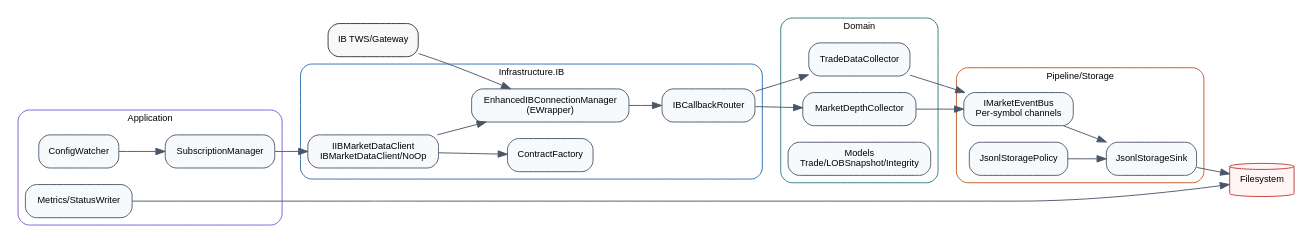
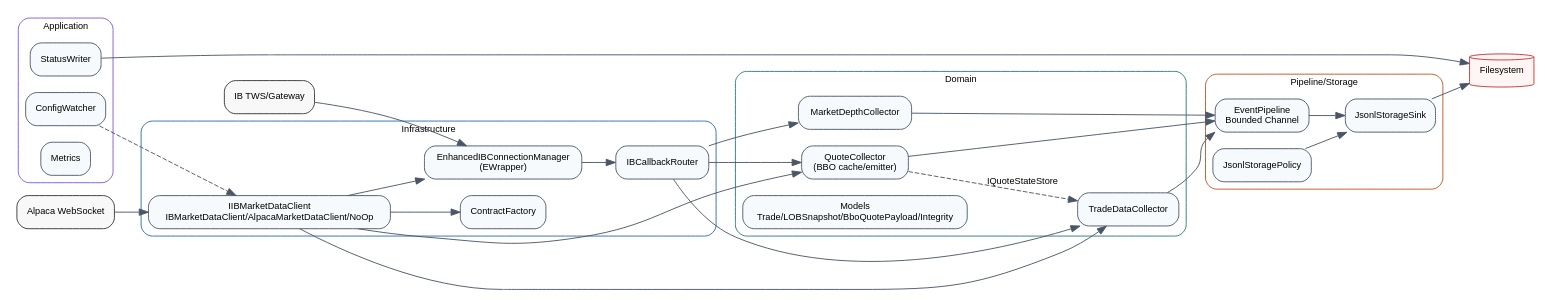
Before and after one commit to rodoHasArrived/Market-Data-Collector: the diagram in IBDataCollector_WithAlpaca_BboQuote/docs/diagrams/c4-level3-components.dot, drawn with Graphviz. The commit also changed 8 other files, not shown here.

```diff
--- a/IBDataCollector_WithAlpaca_BboQuote/docs/diagrams/c4-level3-components.dot
+++ b/IBDataCollector_WithAlpaca_BboQuote/docs/diagrams/c4-level3-components.dot
@@ -1,66 +1,69 @@
 
     digraph G {
       rankdir=LR;
       graph [fontname="Helvetica", fontsize=10, bgcolor="white"];
       node  [fontname="Helvetica", fontsize=10, shape=box, style="rounded,filled", fillcolor="#f7fafc", color="#4a5568"];
       edge  [fontname="Helvetica", fontsize=10, color="#4a5568"];
 
       IB [shape=box, style="rounded,filled", fillcolor="#f8f8f8", color="#333333", label="IB TWS/Gateway"];
+      ALP [shape=box, style="rounded,filled", fillcolor="#f8f8f8", color="#333333", label="Alpaca WebSocket"];
       FS [shape=cylinder, style="filled", fillcolor="#fff5f5", color="#c53030", label="Filesystem"];
 
       subgraph cluster_infra {
-        label="Infrastructure.IB";
+        label="Infrastructure";
         color="#2b6cb0";
         style="rounded";
-        CONN [label="EnhancedIBConnectionManager
-(EWrapper)"];
+        CONN [label="EnhancedIBConnectionManager\n(EWrapper)"];
         ROUTE [label="IBCallbackRouter"];
         FACT [label="ContractFactory"];
-        CLIENT [label="IIBMarketDataClient
-IBMarketDataClient/NoOp"];
+        CLIENT [label="IIBMarketDataClient\nIBMarketDataClient/AlpacaMarketDataClient/NoOp"];
       }
 
       subgraph cluster_dom {
         label="Domain";
         color="#2c7a7b";
         style="rounded";
         TD [label="TradeDataCollector"];
         MD [label="MarketDepthCollector"];
-        MODELS [label="Models
-Trade/LOBSnapshot/Integrity"];
+        QC [label="QuoteCollector\n(BBO cache/emitter)"];
+        MODELS [label="Models\nTrade/LOBSnapshot/BboQuotePayload/Integrity"];
       }
 
       subgraph cluster_app {
         label="Application";
         color="#805ad5";
         style="rounded";
         CW [label="ConfigWatcher"];
-        SM [label="SubscriptionManager"];
-        MET [label="Metrics/StatusWriter"];
+        SW [label="StatusWriter"];
+        MET [label="Metrics"];
       }
 
       subgraph cluster_pipe {
         label="Pipeline/Storage";
         color="#c05621";
         style="rounded";
-        BUS [label="IMarketEventBus
-Per-symbol channels"];
+        EP [label="EventPipeline\nBounded Channel"];
         SINK [label="JsonlStorageSink"];
         POL [label="JsonlStoragePolicy"];
       }
 
       IB -> CONN -> ROUTE;
+      ALP -> CLIENT;
       ROUTE -> TD;
       ROUTE -> MD;
-      TD -> BUS;
-      MD -> BUS;
-      BUS -> SINK -> FS;
+      ROUTE -> QC;
+      CLIENT -> TD;
+      CLIENT -> QC;
+      TD -> EP;
+      MD -> EP;
+      QC -> EP;
+      QC -> TD [style=dashed, label="IQuoteStateStore"];
+      EP -> SINK -> FS;
       POL -> SINK;
 
-      CW -> SM;
-      SM -> CLIENT;
+      CW -> CLIENT [style=dashed];
+      SW -> FS;
+
       CLIENT -> FACT;
       CLIENT -> CONN;
-
-      MET -> FS;
     }
```
